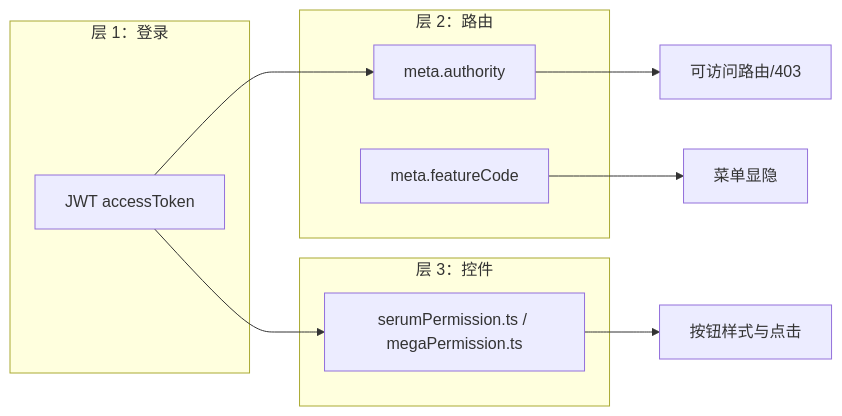
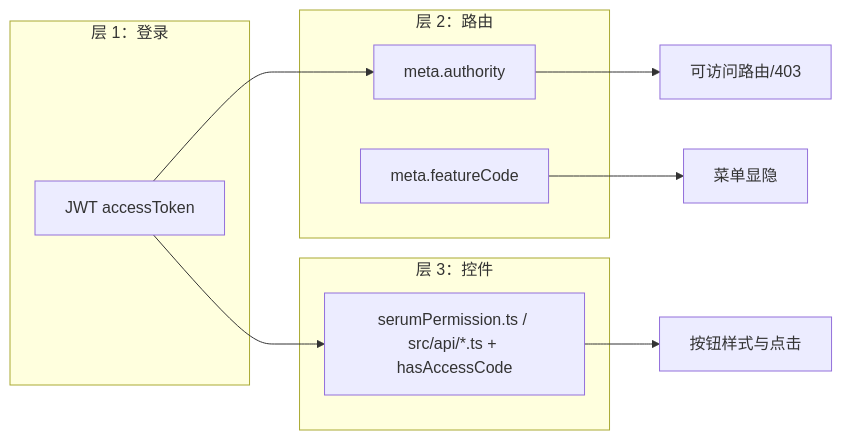
The third of 4 diagrams in docs/auth-permissions.md (TianBa-SCP035/Antibody_Forge), drawn with Mermaid before and after one commit. The commit also changed other lines of this file and 198 other files, not shown here.

````diff
--- a/docs/auth-permissions.md
+++ b/docs/auth-permissions.md
@@ -268,18 +271,18 @@
 ```mermaid
 flowchart LR
   subgraph L1["层 1：登录"]
     JWT[JWT accessToken]
   end
   subgraph L2["层 2：路由"]
     AUTH[meta.authority]
     FEAT[meta.featureCode]
   end
   subgraph L3["层 3：控件"]
-    SP[serumPermission.ts / megaPermission.ts]
+    SP[serumPermission.ts / src/api/*.ts + hasAccessCode]
   end
   JWT --> AUTH
   JWT --> SP
   FEAT --> Menu[菜单显隐]
   AUTH --> Route[可访问路由/403]
   SP --> Btn[按钮样式与点击]
 ```
````
